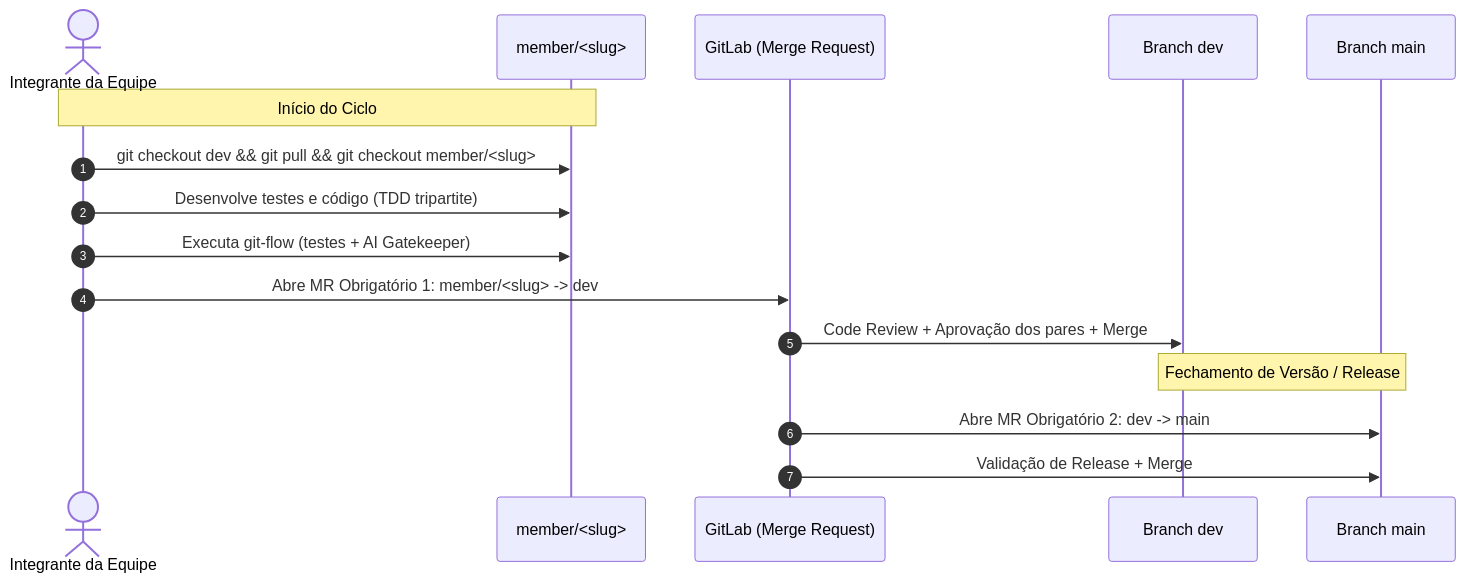
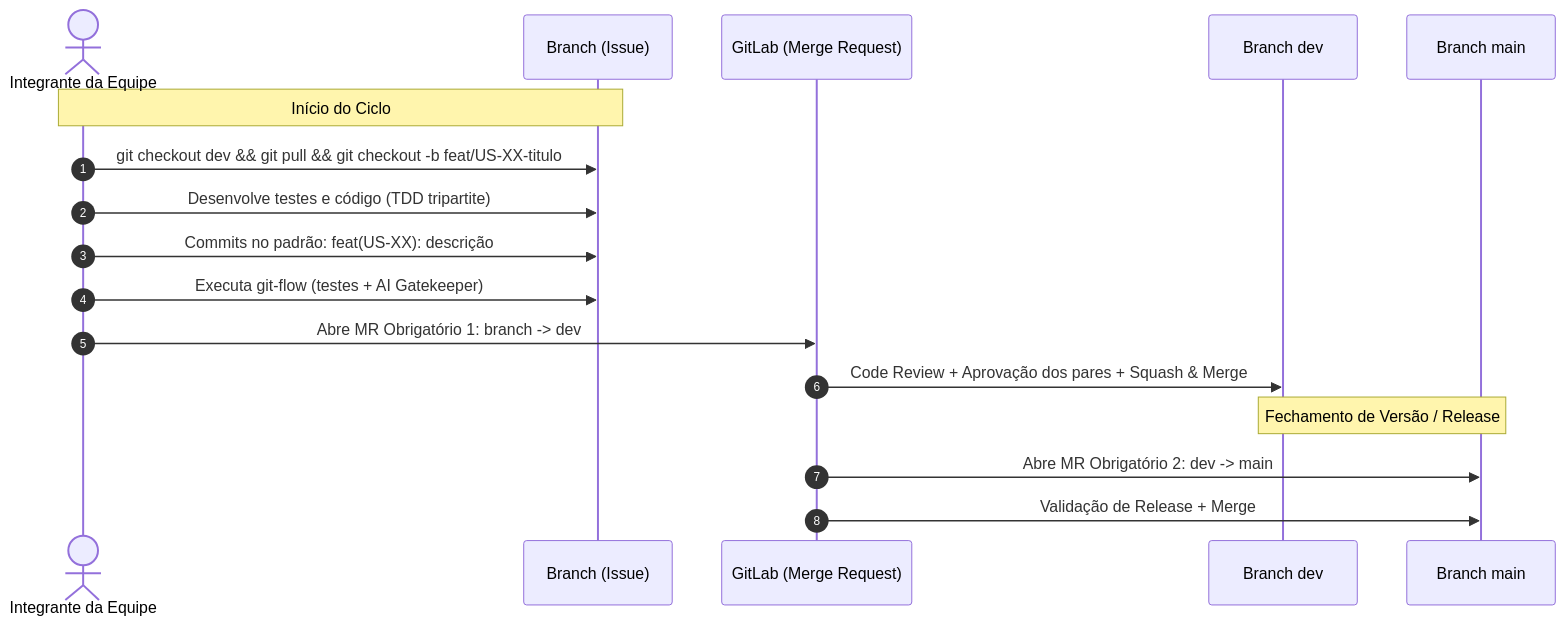
The diagram in docs/branching-strategy.md (JPCalsavara/si600-web-petshop), drawn with Mermaid before and after one commit. The commit also changed other lines of this file and 2 other files, not shown here.

Commit message:
docs(NO-ISSUE): atualiza padrões de branch, commit e adiciona ADR 0003

````diff
--- a/docs/branching-strategy.md
+++ b/docs/branching-strategy.md
@@ -36,20 +69,21 @@
 ```mermaid
 sequenceDiagram
     autonumber
     actor Dev as Integrante da Equipe
-    participant Branch as member/<slug>
+    participant Branch as Branch (Issue)
     participant GitLabMR as GitLab (Merge Request)
     participant DevBranch as Branch dev
     participant MainBranch as Branch main
 
     Note over Dev,Branch: Início do Ciclo
-    Dev->>Branch: git checkout dev && git pull && git checkout member/<slug>
+    Dev->>Branch: git checkout dev && git pull && git checkout -b feat/US-XX-titulo
     Dev->>Branch: Desenvolve testes e código (TDD tripartite)
+    Dev->>Branch: Commits no padrão: feat(US-XX): descrição
     Dev->>Branch: Executa git-flow (testes + AI Gatekeeper)
-    Dev->>GitLabMR: Abre MR Obrigatório 1: member/<slug> -> dev
-    GitLabMR->>DevBranch: Code Review + Aprovação dos pares + Merge
+    Dev->>GitLabMR: Abre MR Obrigatório 1: branch -> dev
+    GitLabMR->>DevBranch: Code Review + Aprovação dos pares + Squash & Merge
     
     Note over DevBranch,MainBranch: Fechamento de Versão / Release
     GitLabMR->>MainBranch: Abre MR Obrigatório 2: dev -> main
     GitLabMR->>MainBranch: Validação de Release + Merge
 ```
````
